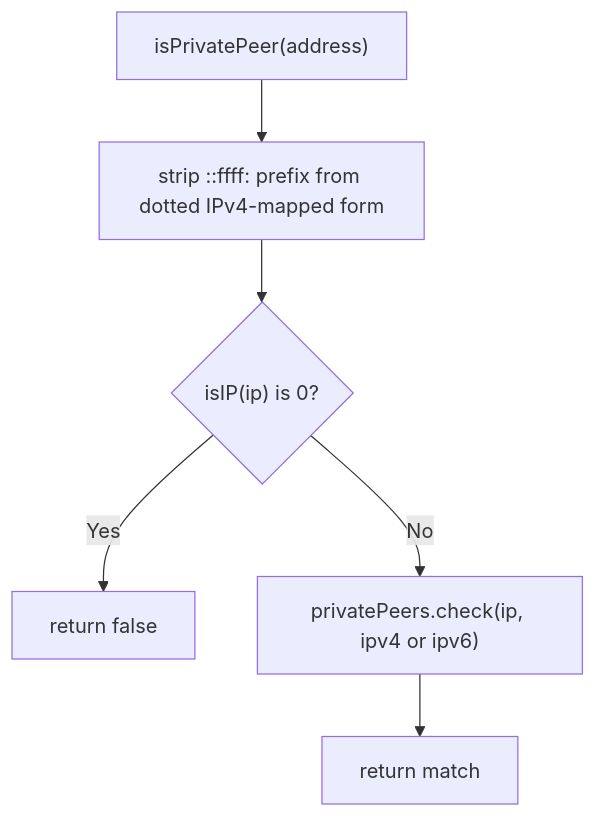
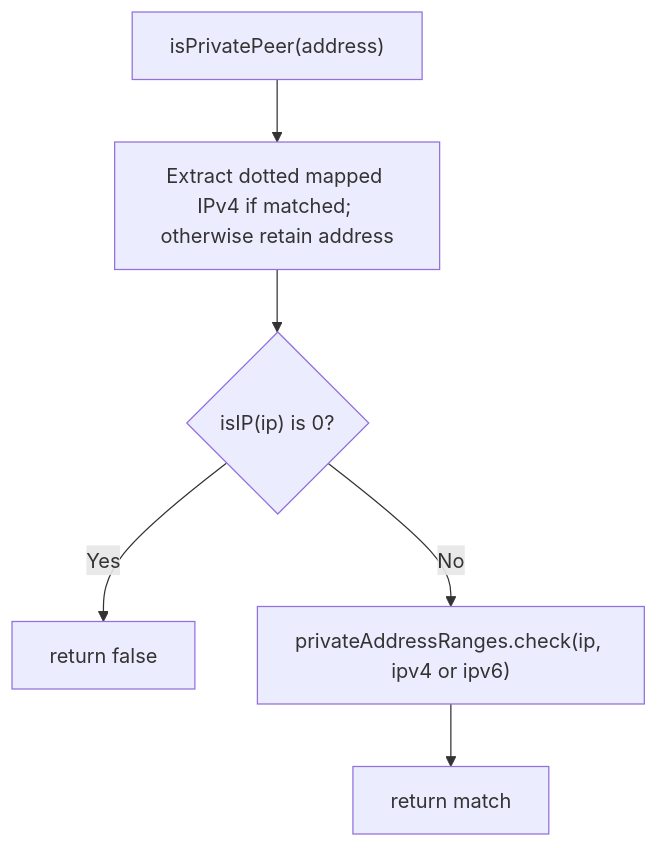
One commit to Kevinjohn/oss-adonisjs-origin-guard changed the second of 2 diagrams in user-stories/US-ORIGIN-04-trust-private-proxy.md. Above: the diagram before and after it, drawn with Mermaid. The commit also changed other lines of this file and 8 other files, not shown here.

````diff
--- a/user-stories/US-ORIGIN-04-trust-private-proxy.md
+++ b/user-stories/US-ORIGIN-04-trust-private-proxy.md
@@ -40,8 +40,8 @@
 ```mermaid
 flowchart TD
-    A["isPrivatePeer(address)"] --> B["strip ::ffff: prefix from dotted IPv4-mapped form"]
+    A["isPrivatePeer(address)"] --> B["Extract dotted mapped IPv4 if matched; otherwise retain address"]
     B --> C{"isIP(ip) is 0?"}
     C -->|Yes| D["return false"]
-    C -->|No| E["privatePeers.check(ip, ipv4 or ipv6)"]
+    C -->|No| E["privateAddressRanges.check(ip, ipv4 or ipv6)"]
     E --> F["return match"]
 ```
````
